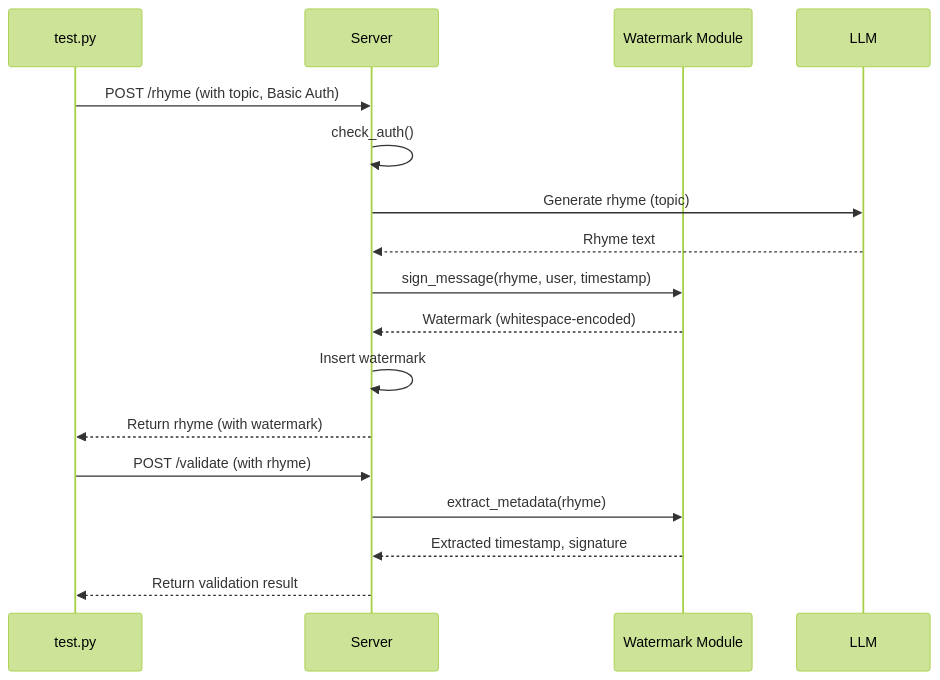
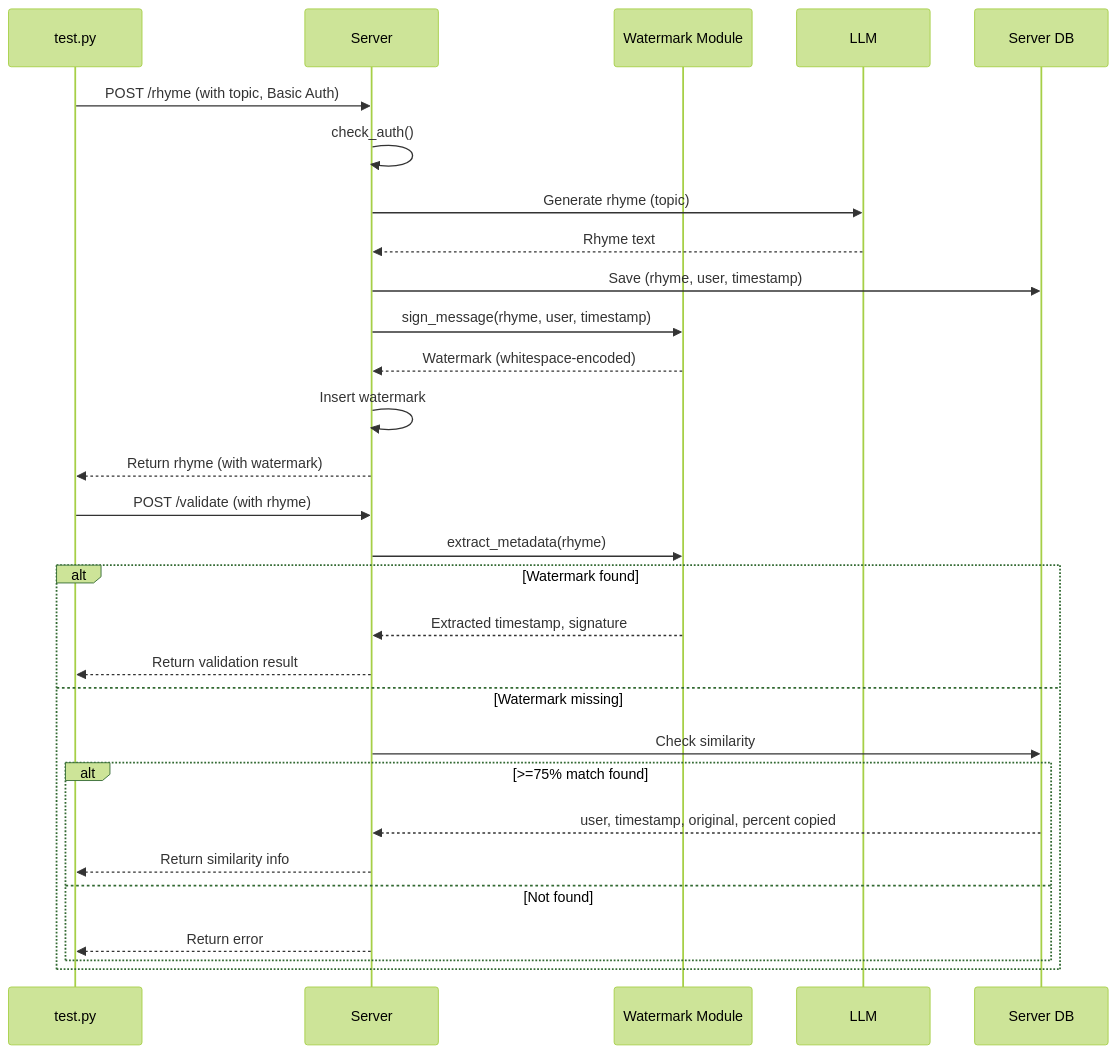
Before and after one commit to barto14753/masters-thesis: the diagram in diagrams/watermarking.mmd, drawn with Mermaid (forest theme). The commit also changed 6 other files, not shown here.

```diff
--- a/diagrams/watermarking.mmd
+++ b/diagrams/watermarking.mmd
@@ -1,19 +1,31 @@
 sequenceDiagram
     participant TestScript as test.py
     participant Server as Server
     participant Watermark as Watermark Module
     participant Ollama as LLM
+    participant DB as Server DB
 
     TestScript->>Server: POST /rhyme (with topic, Basic Auth)
     Server->>Server: check_auth()
     Server->>Ollama: Generate rhyme (topic)
     Ollama-->>Server: Rhyme text
+    Server->>DB: Save (rhyme, user, timestamp)
     Server->>Watermark: sign_message(rhyme, user, timestamp)
     Watermark-->>Server: Watermark (whitespace-encoded)
     Server->>Server: Insert watermark
     Server-->>TestScript: Return rhyme (with watermark)
 
     TestScript->>Server: POST /validate (with rhyme)
     Server->>Watermark: extract_metadata(rhyme)
-    Watermark-->>Server: Extracted timestamp, signature
-    Server-->>TestScript: Return validation result
+    alt Watermark found
+        Watermark-->>Server: Extracted timestamp, signature
+        Server-->>TestScript: Return validation result
+    else Watermark missing
+        Server->>DB: Check similarity
+        alt >=75% match found
+            DB-->>Server: user, timestamp, original, percent copied
+            Server-->>TestScript: Return similarity info
+        else Not found
+            Server-->>TestScript: Return error
+        end
+    end
```
